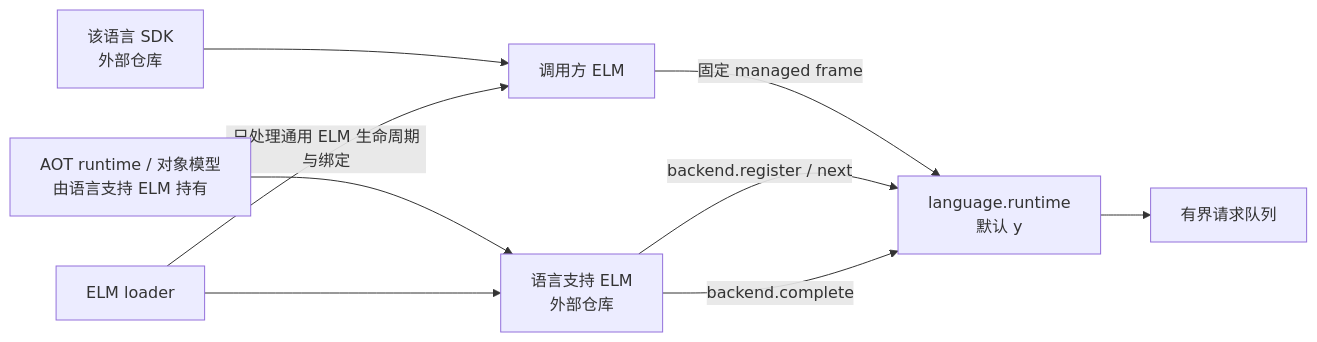
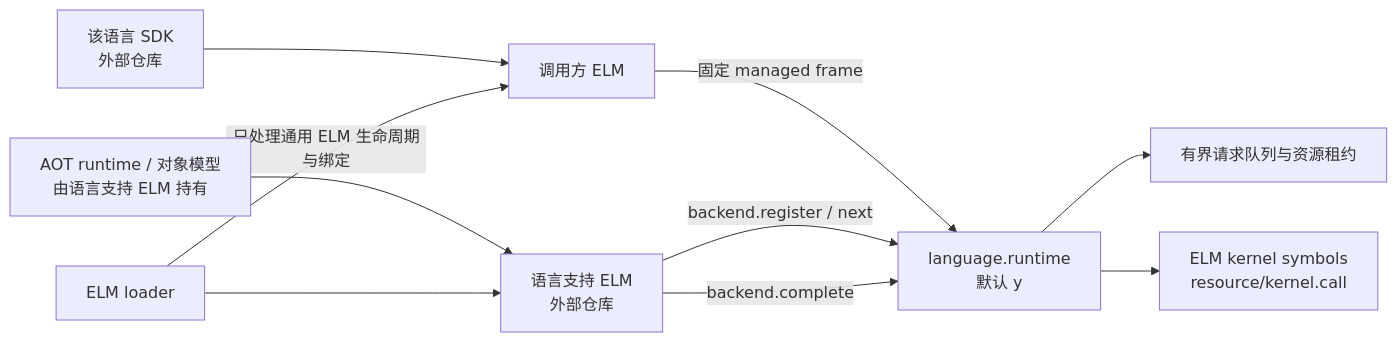
The first of 2 diagrams in LANGUAGE_RUNTIME.md (redstone6835/hitoshizuku), drawn with Mermaid before and after one commit. The commit also changed other lines of this file and 24 other files, not shown here.

````diff
--- a/LANGUAGE_RUNTIME.md
+++ b/LANGUAGE_RUNTIME.md
@@ -21,11 +22,12 @@
 ```mermaid
 flowchart LR
     C[调用方 ELM] -->|固定 managed frame| R[language.runtime<br/>默认 y]
-    R --> Q[有界请求队列]
+    R --> Q[有界请求队列与资源租约]
+    R --> K[ELM kernel symbols<br/>resource/kernel.call]
     B[语言支持 ELM<br/>外部仓库] -->|backend.register / next| R
     B -->|backend.complete| R
     S[该语言 SDK<br/>外部仓库] --> C
     T[AOT runtime / 对象模型<br/>由语言支持 ELM 持有] --> B
     L[ELM loader] -->|只处理通用 ELM 生命周期与绑定| C
     L --> B
 ```
````
